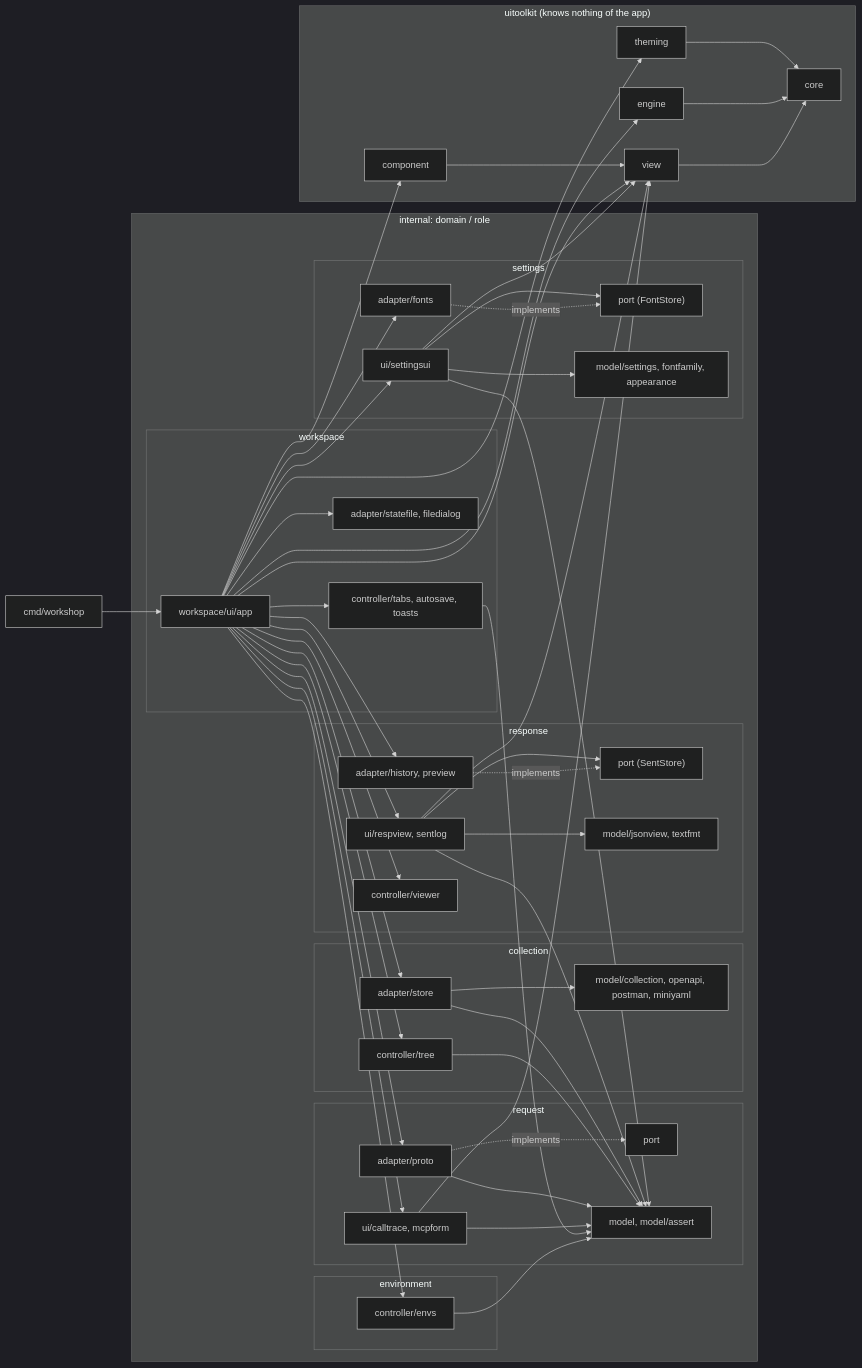
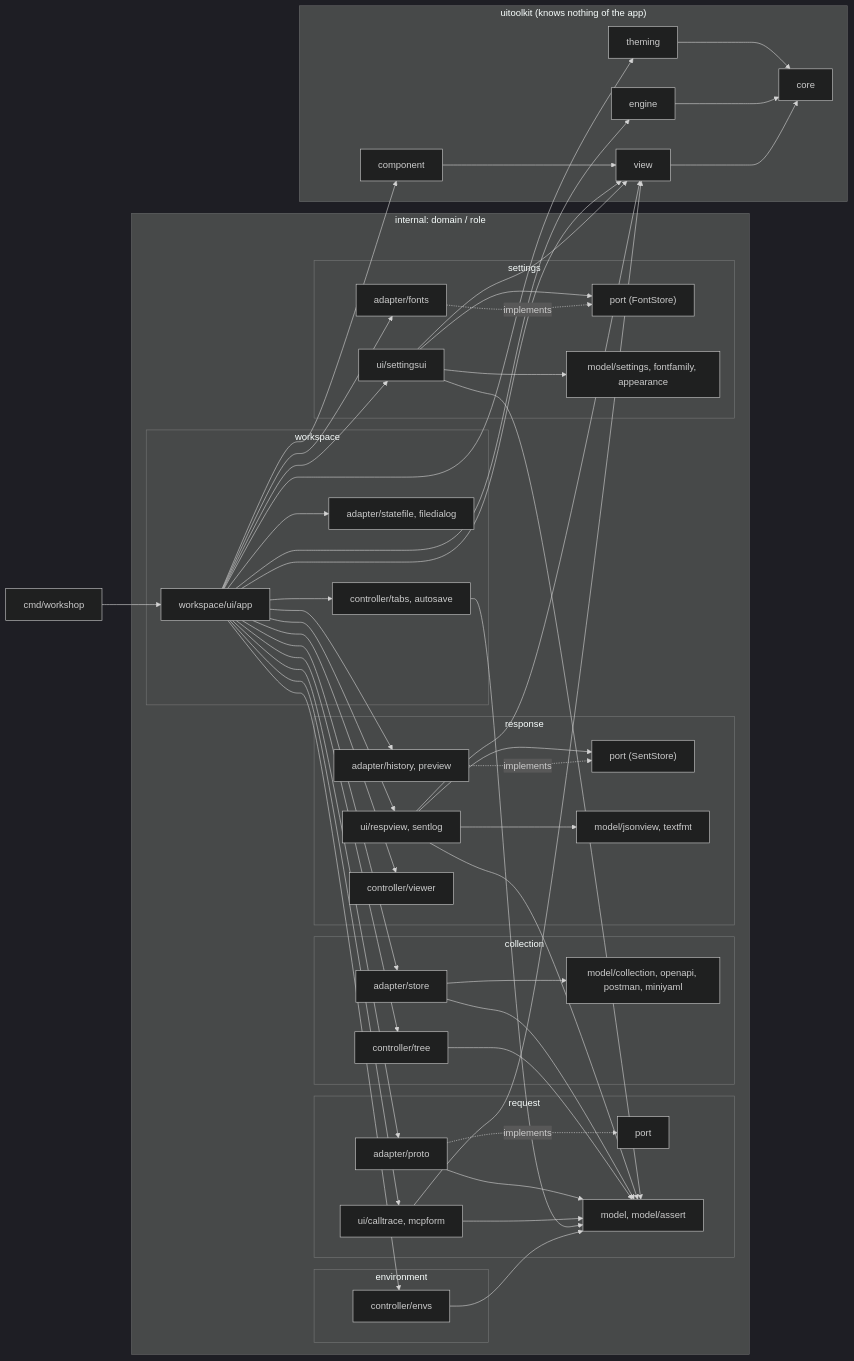
One commit to gascoigne-ai/gascoigne-workshop changed the diagram in .harness/architecture.md. Above: the diagram before and after it, drawn with Mermaid (dark theme). The commit also changed other lines of this file and 9 other files, not shown here.

First line of the commit message:
feat(view): ToastStack and Toasts replace the toasts controller

````diff
--- a/.harness/architecture.md
+++ b/.harness/architecture.md
@@ -5,58 +5,58 @@
 ```mermaid
 flowchart LR
   cmd["cmd/workshop"] --> app["workspace/ui/app"]
   subgraph domains["internal: domain / role"]
     subgraph request
       rui["ui/calltrace, mcpform"]
       rad["adapter/proto"]
       rport["port"]
       rmod["model, model/assert"]
     end
     subgraph collection
       cad["adapter/store"]
       cctl["controller/tree"]
       cmod["model/collection, openapi, postman, miniyaml"]
     end
     subgraph response
       sui["ui/respview, sentlog"]
       sport["port (SentStore)"]
       sad["adapter/history, preview"]
       smod["model/jsonview, textfmt"]
       sctl["controller/viewer"]
     end
     subgraph settings
       tui["ui/settingsui"]
       tport["port (FontStore)"]
       tad["adapter/fonts"]
       tmod["model/settings, fontfamily, appearance"]
     end
     subgraph environment
       ectl["controller/envs"]
     end
     subgraph workspace
       app
-      wctl["controller/tabs, autosave, toasts"]
+      wctl["controller/tabs, autosave"]
       wad["adapter/statefile, filedialog"]
     end
   end
   app --> ectl & wctl & cctl & sctl
   ectl & wctl & cctl --> rmod
   app --> rui & rad & cad & sui & sad & tui & tad & wad
   rui & rad & cad & sui & tui --> rmod
   rad -. implements .-> rport
   sad -. implements .-> sport
   sui --> sport
   tad -. implements .-> tport
   tui --> tport
   tui --> tmod
   cad --> cmod
   sui --> smod
   subgraph toolkit["uitoolkit (knows nothing of the app)"]
     component["component"] --> view["view"]
     view --> core["core"]
     engine["engine"] --> core
     theming["theming"] --> core
   end
   app --> component & view & engine & theming
   rui & sui & tui --> view
 ```
````
